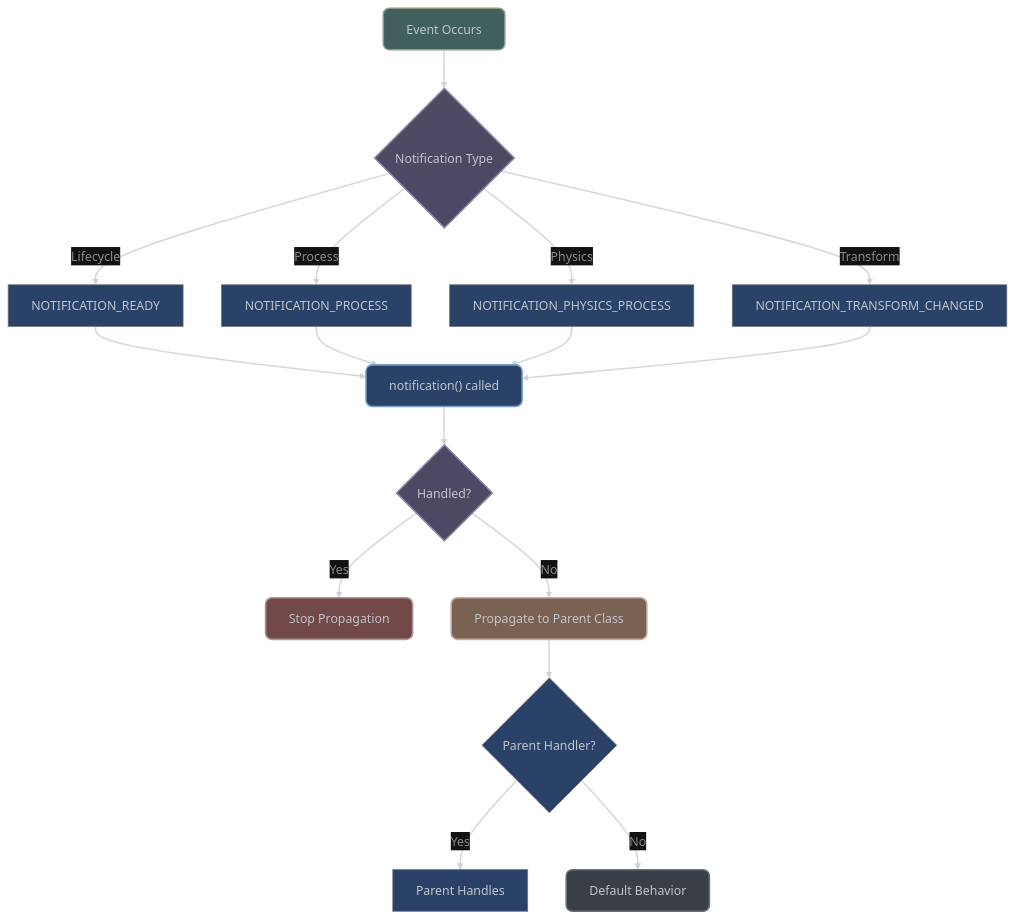
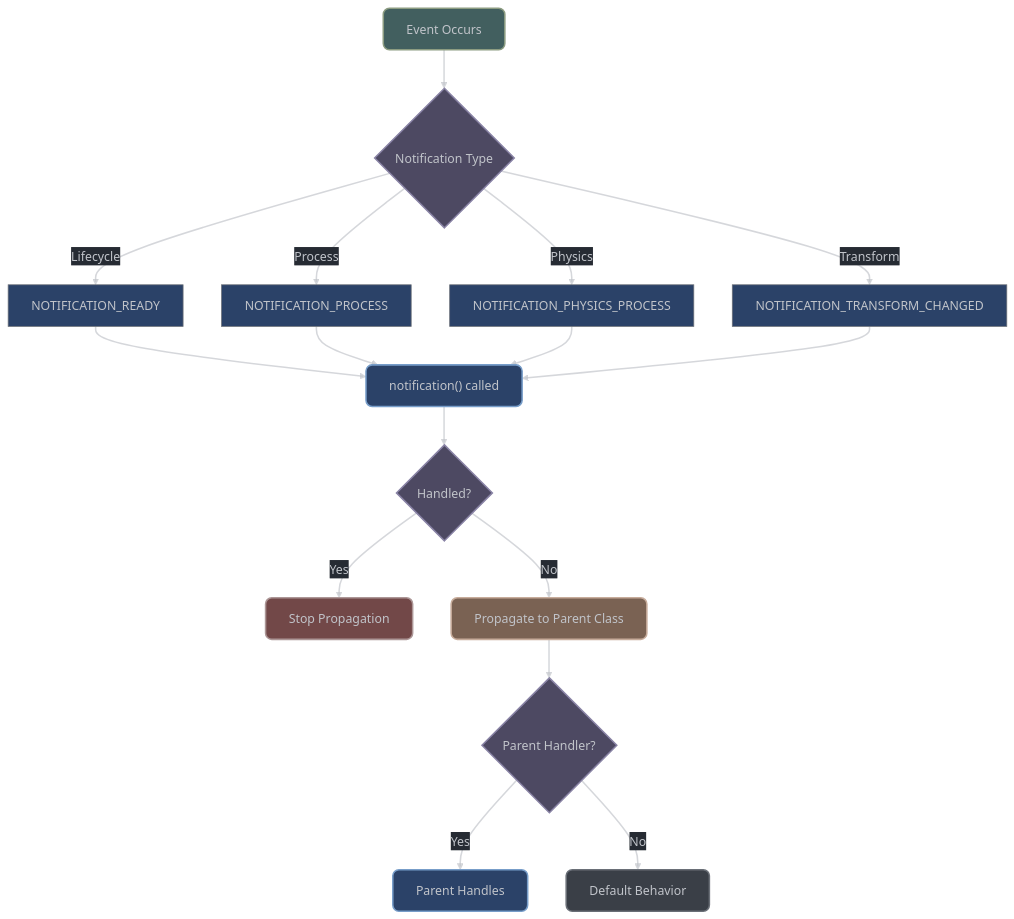
One commit to vorlac/gdextension-docs changed the diagram in docs/engine_integration/notification-system.md. Above: the diagram before and after it, drawn with Mermaid. The commit also changed 16 other files, not shown here.

````diff
--- a/docs/engine_integration/notification-system.md
+++ b/docs/engine_integration/notification-system.md
@@ -13,52 +13,71 @@
 ```mermaid
 ---
 config:
     theme: 'base'
     curve: 'straight'
     themeVariables:
         darkMode: true
         clusterBkg: '#22272f62'
         clusterBorder: '#6a6f77ff'
         clusterTextColor: '#6a6f77ff'
         lineColor: '#C1C4CAAA'
         background: '#262B33'
         primaryColor: '#2b4268ff'
         primaryTextColor: '#C1C4CAff'
         primaryBorderColor: '#6a6f77ff'
+        primaryLabelBkg: '#262B33'
+        secondaryColor: '#425f5fff'
+        secondaryBorderColor: '#8c9c81ff'
+        secondaryTextColor: '#C1C4CAff'
+        tertiaryColor: '#4d4962ff'
+        tertiaryBorderColor: '#8983a5ff'
+        tertiaryTextColor: '#eeeeee55'
         nodeTextColor: '#C1C4CA'
         defaultLinkColor: '#C1C4CA'
-        edgeLabelBackground: '#121212'
-        tertiaryTextColor: '#C1C4CA'
+        edgeLabelBackground: '#262B33'
+        edgeLabelBorderColor: '#C1C4CA'
+        labelTextColor: '#C1C4CA'
+        errorBkgColor: '#724848ff'
+        errorTextColor: '#C1C4CA'
         flowchart:
             curve: 'basis'
+            nodeSpacing: 50
+            rankSpacing: 50
+            subGraphTitleMargin:
+                top: 15
+                bottom: 15
+                left: 15
+                right: 15
 ---
 flowchart TD
     A[Event Occurs] --> B{Notification Type}
     B --> |Lifecycle| C[NOTIFICATION_READY]
     B --> |Process| D[NOTIFICATION_PROCESS]
     B --> |Physics| E[NOTIFICATION_PHYSICS_PROCESS]
     B --> |Transform| F[NOTIFICATION_TRANSFORM_CHANGED]
 
     C --> G["notification() called"]
     D --> G
     E --> G
     F --> G
 
     G --> H{Handled?}
     H --> |Yes| I[Stop Propagation]
     H --> |No| J[Propagate to Parent Class]
 
     J --> K{Parent Handler?}
     K --> |Yes| L[Parent Handles]
     K --> |No| M[Default Behavior]
 
-    linkStyle default stroke:#C1C4CAaa,stroke-width:2px,color:#C1C4CAaa
+    linkStyle default stroke:#C1C4CAaa,stroke-width:2px,color:#C1C4CA
 
     style A fill:#425f5fff,stroke:#8c9c81ff,stroke-width:2px,color:#C1C4CA,rx:8,ry:8
     style B fill:#4d4962ff,stroke:#8983a5ff,stroke-width:2px,color:#C1C4CA,rx:8,ry:8
     style G fill:#2b4268ff,stroke:#779DC9ff,stroke-width:2px,color:#C1C4CA,rx:8,ry:8
     style H fill:#4d4962ff,stroke:#8983a5ff,stroke-width:2px,color:#C1C4CA,rx:8,ry:8
     style I fill:#724848ff,stroke:#ac9696ff,stroke-width:2px,color:#C1C4CA,rx:8,ry:8
     style J fill:#7a6253ff,stroke:#c7ac9bff,stroke-width:2px,color:#C1C4CA,rx:8,ry:8
+    style K fill:#4d4962ff,stroke:#8983a5ff,stroke-width:2px,color:#C1C4CA,rx:8,ry:8
+    style L fill:#2b4268ff,stroke:#779DC9ff,stroke-width:2px,color:#C1C4CA,rx:8,ry:8
     style M fill:#3a3f47ff,stroke:#6a6f77ff,stroke-width:2px,color:#C1C4CA,rx:8,ry:8
 ```
````
